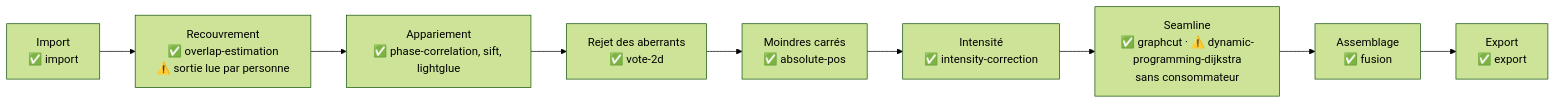
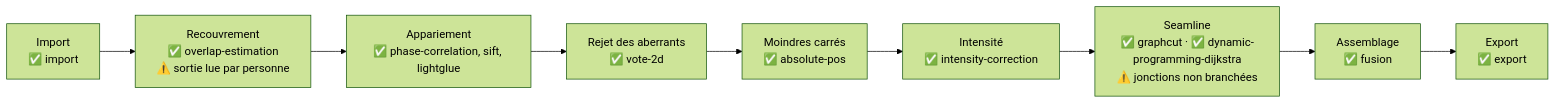
One commit to KIKIRPAProjet/KIKIRPA-CPP changed the diagram in docs/CARTE_ARCHITECTURE.md. Above: the diagram before and after it, drawn with Mermaid (forest theme). The commit also changed other lines of this file and 2 other files, not shown here.

````diff
--- a/docs/CARTE_ARCHITECTURE.md
+++ b/docs/CARTE_ARCHITECTURE.md
@@ -67,11 +68,11 @@
 ```mermaid
 flowchart LR
     I[Import<br/>✅ import] --> R[Recouvrement<br/>✅ overlap-estimation<br/>⚠️ sortie lue par personne]
     R --> M[Appariement<br/>✅ phase-correlation, sift, lightglue]
     M --> X[Rejet des aberrants<br/>✅ vote-2d]
     X --> L[Moindres carrés<br/>✅ absolute-pos]
     L --> E[Intensité<br/>✅ intensity-correction]
-    E --> S[Seamline<br/>✅ graphcut · ⚠️ dynamic-programming-dijkstra<br/>sans consommateur]
+    E --> S[Seamline<br/>✅ graphcut · ✅ dynamic-programming-dijkstra<br/>⚠️ jonctions non branchées]
     S --> A[Assemblage<br/>✅ fusion]
     A --> O[Export<br/>✅ export]
 ```
````
